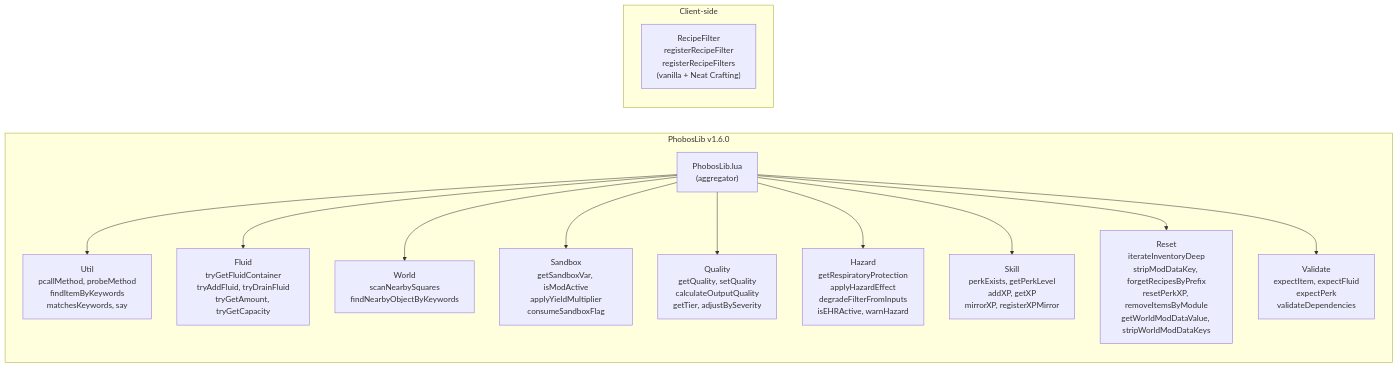
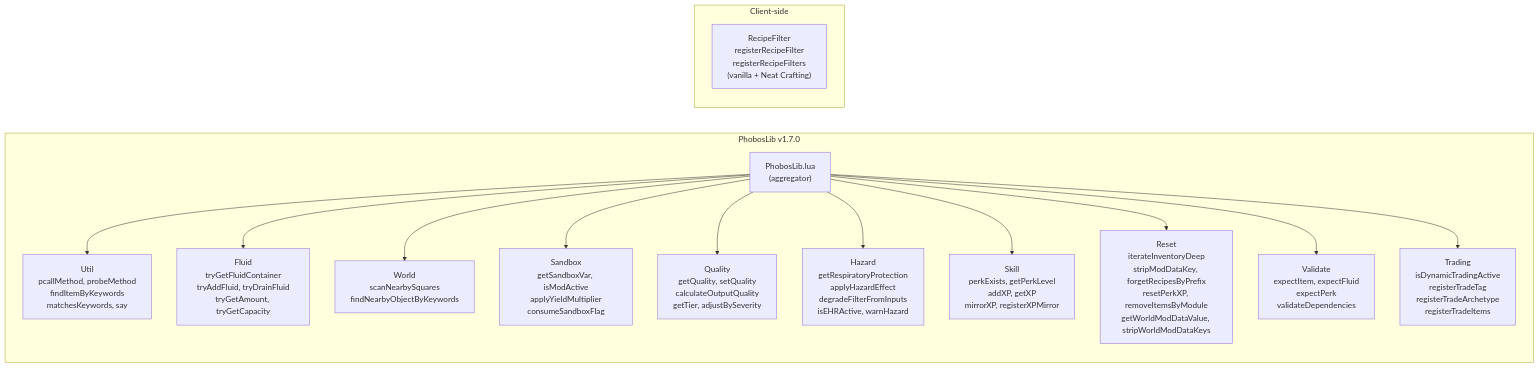
Before and after one commit to phobos-dthorga/mod-pz-chemistry-pathways: the second of 5 diagrams in docs/diagrams/architecture.md, drawn with Mermaid. The commit also changed other lines of this file and 14 other files, not shown here.

First line of the commit message:
feat: add fertilizer variants, tar torch, and Dynamic Trading integration (v0.16.0)

````diff
--- a/docs/diagrams/architecture.md
+++ b/docs/diagrams/architecture.md
@@ -50,38 +54,41 @@
 ```mermaid
 graph LR
-    subgraph LIB["PhobosLib v1.6.0"]
+    subgraph LIB["PhobosLib v1.7.0"]
         INIT["PhobosLib.lua<br/>(aggregator)"]
 
         UTIL["Util<br/>pcallMethod, probeMethod<br/>findItemByKeywords<br/>matchesKeywords, say"]
 
         FLUID["Fluid<br/>tryGetFluidContainer<br/>tryAddFluid, tryDrainFluid<br/>tryGetAmount, tryGetCapacity"]
 
         WORLD["World<br/>scanNearbySquares<br/>findNearbyObjectByKeywords"]
 
         SANDBOX["Sandbox<br/>getSandboxVar, isModActive<br/>applyYieldMultiplier<br/>consumeSandboxFlag"]
 
         QUALITY["Quality<br/>getQuality, setQuality<br/>calculateOutputQuality<br/>getTier, adjustBySeverity"]
 
         HAZ["Hazard<br/>getRespiratoryProtection<br/>applyHazardEffect<br/>degradeFilterFromInputs<br/>isEHRActive, warnHazard"]
 
         SKL["Skill<br/>perkExists, getPerkLevel<br/>addXP, getXP<br/>mirrorXP, registerXPMirror"]
 
         RST["Reset<br/>iterateInventoryDeep<br/>stripModDataKey, forgetRecipesByPrefix<br/>resetPerkXP, removeItemsByModule<br/>getWorldModDataValue, stripWorldModDataKeys"]
 
         VAL["Validate<br/>expectItem, expectFluid<br/>expectPerk<br/>validateDependencies"]
+
+        TRD["Trading<br/>isDynamicTradingActive<br/>registerTradeTag<br/>registerTradeArchetype<br/>registerTradeItems"]
     end
 
     subgraph CLIENT["Client-side"]
         RF["RecipeFilter<br/>registerRecipeFilter<br/>registerRecipeFilters<br/>(vanilla + Neat Crafting)"]
     end
 
     INIT --> UTIL
     INIT --> FLUID
     INIT --> WORLD
     INIT --> SANDBOX
     INIT --> QUALITY
     INIT --> HAZ
     INIT --> SKL
     INIT --> RST
     INIT --> VAL
+    INIT --> TRD
 ```
````
